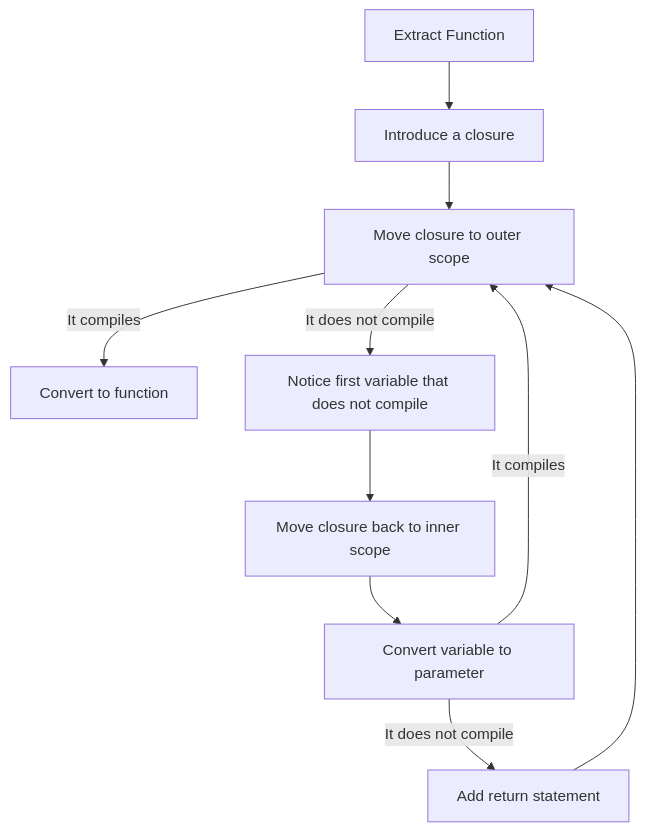
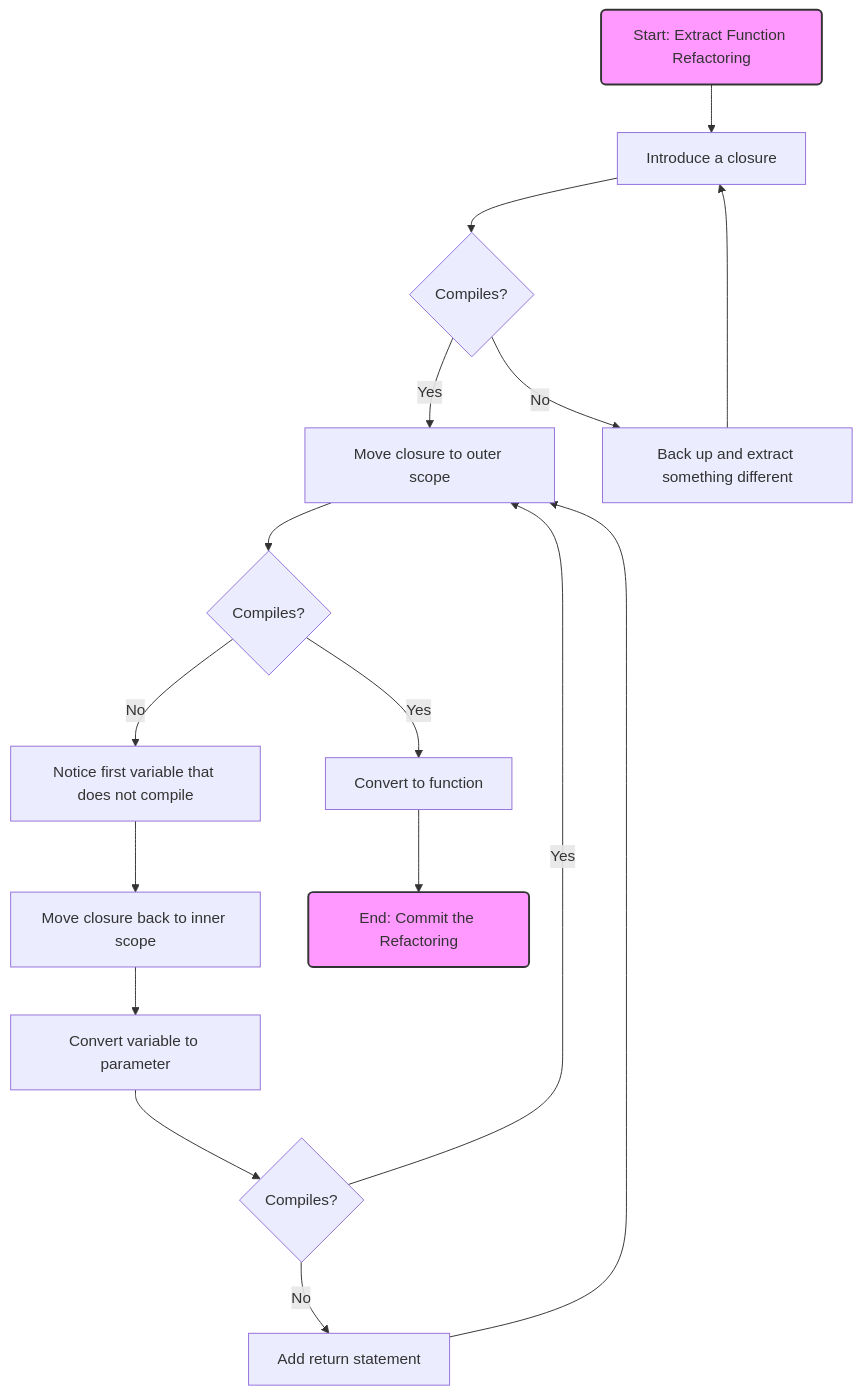
Before and after one commit to jonreid/provable-refactorings: the diagram in recipes/core-6/extract-function/swift.md, drawn with Mermaid.

Commit message:
Improve swift diagram

````diff
--- a/recipes/core-6/extract-function/swift.md
+++ b/recipes/core-6/extract-function/swift.md
@@ -5,12 +5,21 @@
 ```mermaid
-graph TD;
-    Extract_Function["Extract Function"] --> Introduce_closure["Introduce a closure"];
-    Introduce_closure --> Move_closure_out["Move closure to outer scope"];
-    Move_closure_out --> |It compiles| Convert_to_function["Convert to function"];
-    Move_closure_out --> |It does not compile| Notice_first_variable_error["Notice first variable that does not compile"];
-    Notice_first_variable_error --> Move_closure_in["Move closure back to inner scope"];
-    Move_closure_in --> Convert_variable_to_parameter["Convert variable to parameter"];
-    Convert_variable_to_parameter --> |It compiles| Move_closure_out;
-    Convert_variable_to_parameter --> |It does not compile| Add_return["Add return statement"];
-    Add_return --> Move_closure_out;
+graph TD
+    A(Start: Extract Function Refactoring) --> B[Introduce a closure]
+    B --> C{Compiles?}
+    C --> |Yes| D[Move closure to outer scope]
+    C --> |No| E[Back up and extract something different]
+    E --> B
+    D --> F{Compiles?}
+    F --> |Yes| L[Convert to function]
+    F --> |No| G[Notice first variable that does not compile]
+    G --> H[Move closure back to inner scope]
+    H --> I[Convert variable to parameter]
+    I --> J{Compiles?}
+    J --> |Yes| D
+    J --> |No| K[Add return statement]
+    K --> D
+    L --> M(End: Commit the Refactoring)
+
+    style A fill:#f9f,stroke:#333,stroke-width:2px
+    style M fill:#f9f,stroke:#333,stroke-width:2px
 ```
````
